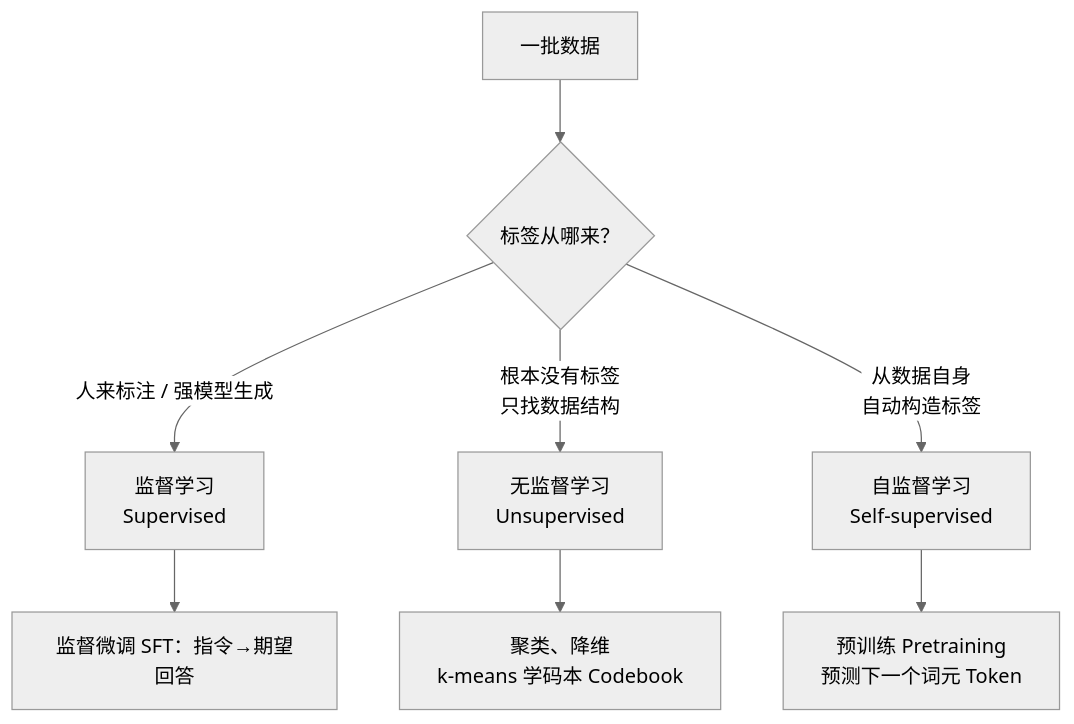
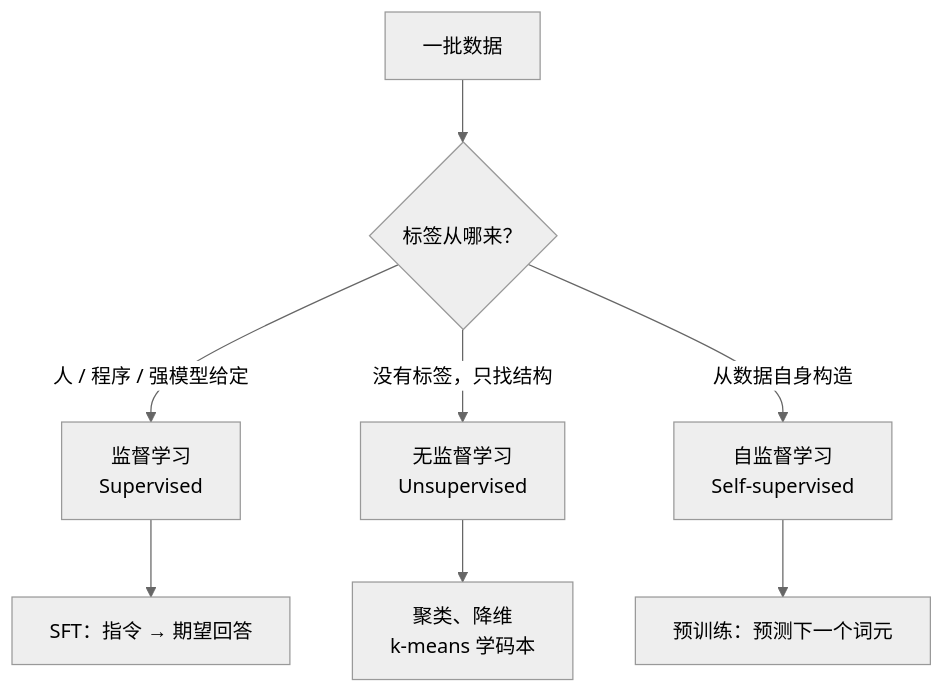
One commit to AI-learning-simple/Build-Your-Own-LLM changed the diagram in 2. Alignment 与训练工程/2. 三种学习范式（Learning Paradigms）——监督学习、无监督学习与自监督学习.md. Above: the diagram before and after it, drawn with Mermaid (neutral theme). The commit also changed other lines of this file and 65 other files, not shown here.

````diff
--- a/2. Alignment 与训练工程/2. 三种学习范式（Learning Paradigms）——监督学习、无监督学习与自监督学习.md
+++ b/2. Alignment 与训练工程/2. 三种学习范式（Learning Paradigms）——监督学习、无监督学习与自监督学习.md
@@ -27,10 +24,10 @@
 ```mermaid
 flowchart TD
     A["一批数据"] --> B{"标签从哪来？"}
-    B -->|"人来标注 / 强模型生成"| C["监督学习<br/>Supervised"]
-    B -->|"根本没有标签<br/>只找数据结构"| D["无监督学习<br/>Unsupervised"]
-    B -->|"从数据自身<br/>自动构造标签"| E["自监督学习<br/>Self-supervised"]
-    C --> F["监督微调 SFT：指令→期望回答"]
-    D --> G["聚类、降维<br/>k-means 学码本 Codebook"]
-    E --> H["预训练 Pretraining<br/>预测下一个词元 Token"]
+    B -->|"人 / 程序 / 强模型给定"| C["监督学习<br/>Supervised"]
+    B -->|"没有标签，只找结构"| D["无监督学习<br/>Unsupervised"]
+    B -->|"从数据自身构造"| E["自监督学习<br/>Self-supervised"]
+    C --> F["SFT：指令 → 期望回答"]
+    D --> G["聚类、降维<br/>k-means 学码本"]
+    E --> H["预训练：预测下一个词元"]
 ```
````
